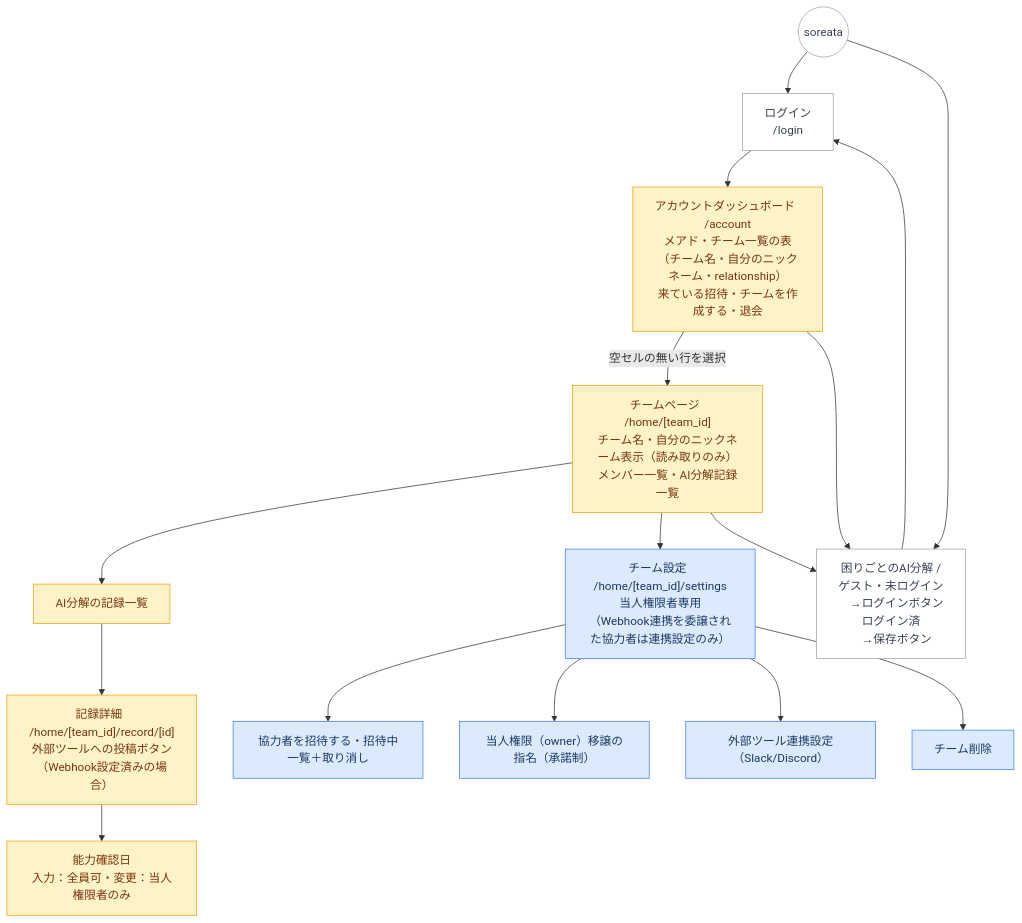
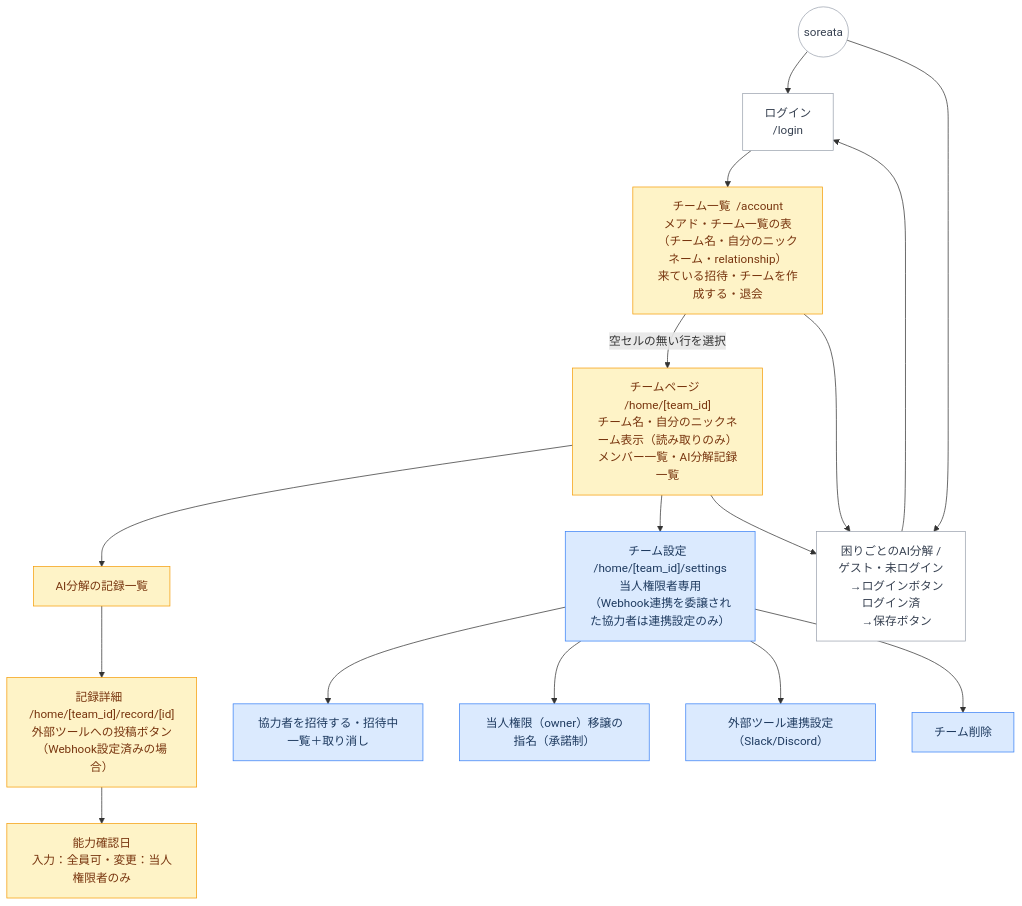
One commit to minamy-i/soreata changed the diagram in docs/screen_tree.md. Above: the diagram before and after it, drawn with Mermaid. The commit also changed other lines of this file and 12 other files, not shown here.

````diff
--- a/docs/screen_tree.md
+++ b/docs/screen_tree.md
@@ -1,35 +1,35 @@
 ```mermaid
 graph TD
     classDef all fill:#ffffff,stroke:#9ca3af,color:#374151
     classDef owner fill:#dbeafe,stroke:#3b82f6,color:#1e3a5f
     classDef shared fill:#fef3c7,stroke:#f59e0b,color:#78350f
 
     ROOT((soreata))
 
     ROOT --> LOGIN[ログイン\n/login]
     ROOT --> AI["困りごとのAI分解  /\nゲスト・未ログイン\n　→ログインボタン\nログイン済\n　→保存ボタン"]
     AI --> LOGIN
 
     LOGIN --> A_DASH
 
-    A_DASH["アカウントダッシュボード  /account\nメアド・チーム一覧の表\n（チーム名・自分のニックネーム・relationship）\n来ている招待・チームを作成する・退会"]
+    A_DASH["チーム一覧  /account\nメアド・チーム一覧の表\n（チーム名・自分のニックネーム・relationship）\n来ている招待・チームを作成する・退会"]
     A_DASH -->|"空セルの無い行を選択"| TEAM
     A_DASH --> AI
 
     TEAM["チームページ  /home/[team_id]\nチーム名・自分のニックネーム表示（読み取りのみ）\nメンバー一覧・AI分解記録一覧"]
     TEAM --> AI_REC["AI分解の記録一覧"]
     AI_REC --> RECORD["記録詳細  /home/[team_id]/record/[id]\n外部ツールへの投稿ボタン（Webhook設定済みの場合）"]
     RECORD --> CONF["能力確認日\n入力：全員可・変更：当人権限者のみ"]
 
     TEAM --> T_SET["チーム設定  /home/[team_id]/settings\n当人権限者専用\n（Webhook連携を委譲された協力者は連携設定のみ）"]
     T_SET --> INVITE["協力者を招待する・招待中一覧＋取り消し"]
     T_SET --> TRANSFER["当人権限（owner）移譲の指名（承諾制）"]
     T_SET --> WEBHOOK["外部ツール連携設定（Slack/Discord）"]
     T_SET --> TEAMEDIT["チーム削除"]
 
     TEAM --> AI
 
     class ROOT,LOGIN,AI all
     class T_SET,INVITE,TRANSFER,WEBHOOK,TEAMEDIT owner
     class A_DASH,TEAM,AI_REC,RECORD,CONF shared
 ```
````
